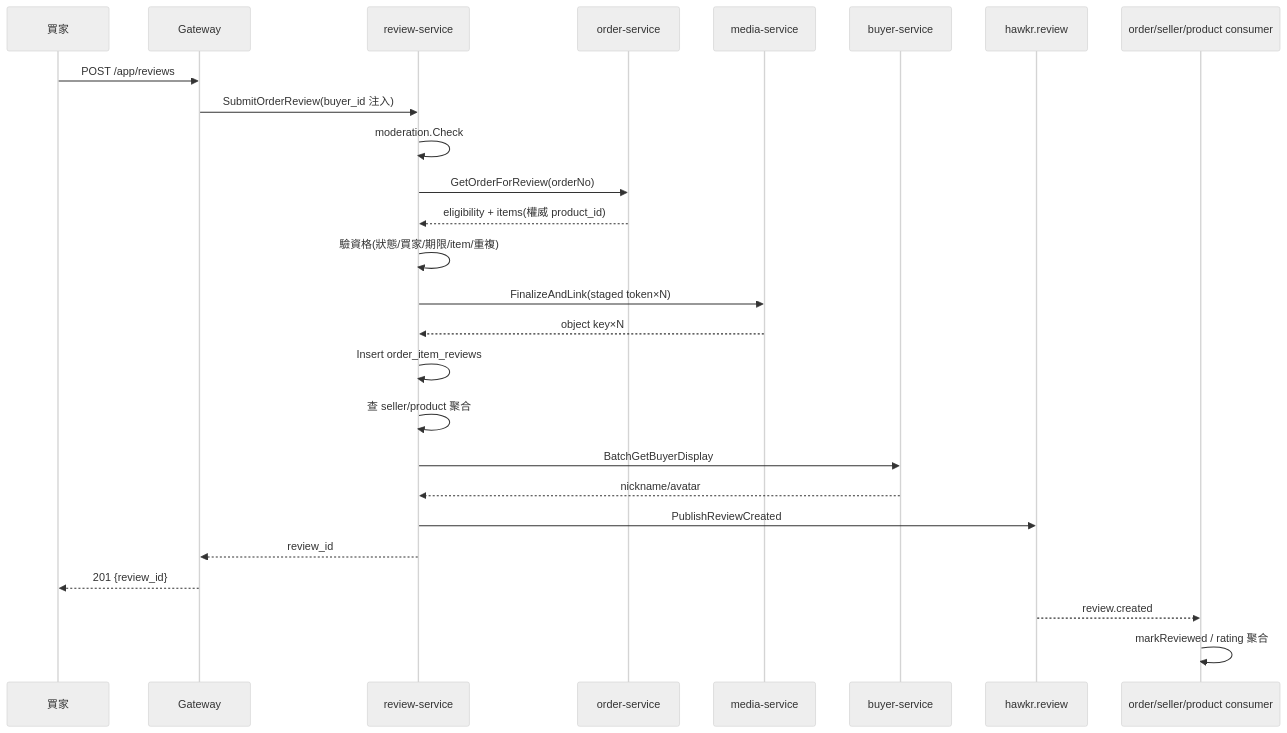
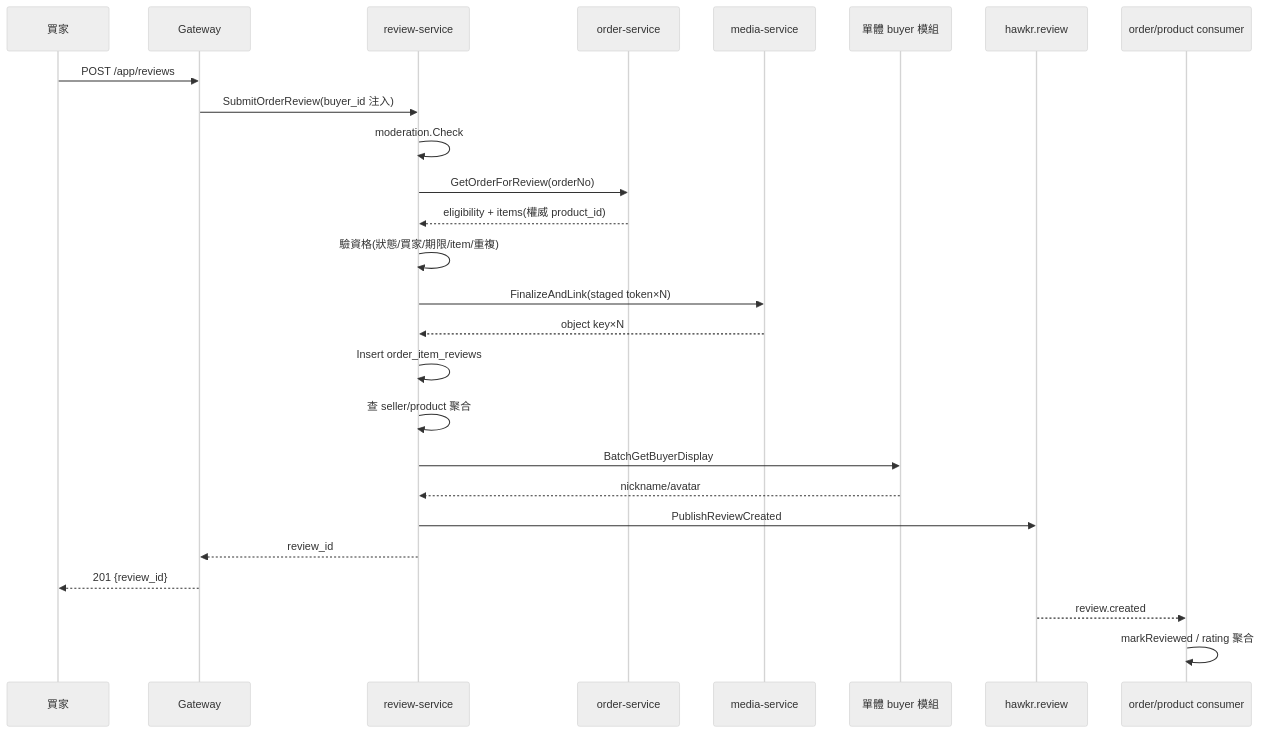
Before and after one commit to Will413028/hawkr: the fifth of 8 diagrams in backend/docs/詳細設計書/43-評論微服務（Review Service）詳細設計書.md, drawn with Mermaid (neutral theme). The commit also changed other lines of this file and 24 other files, not shown here.

````diff
--- a/backend/docs/詳細設計書/43-評論微服務（Review Service）詳細設計書.md
+++ b/backend/docs/詳細設計書/43-評論微服務（Review Service）詳細設計書.md
@@ -501,29 +497,29 @@
 ```mermaid
 sequenceDiagram
     participant B as 買家
     participant GW as Gateway
     participant R as review-service
     participant O as order-service
     participant M as media-service
-    participant BU as buyer-service
+    participant BU as 單體 buyer 模組
     participant MQ as hawkr.review
-    participant DS as order/seller/product consumer
+    participant DS as order/product consumer
 
     B->>GW: POST /app/reviews
     GW->>R: SubmitOrderReview(buyer_id 注入)
     R->>R: moderation.Check
     R->>O: GetOrderForReview(orderNo)
     O-->>R: eligibility + items(權威 product_id)
     R->>R: 驗資格(狀態/買家/期限/item/重複)
     R->>M: FinalizeAndLink(staged token×N)
     M-->>R: object key×N
     R->>R: Insert order_item_reviews
     R->>R: 查 seller/product 聚合
     R->>BU: BatchGetBuyerDisplay
     BU-->>R: nickname/avatar
     R->>MQ: PublishReviewCreated
     R-->>GW: review_id
     GW-->>B: 201 {review_id}
     MQ-->>DS: review.created
     DS->>DS: markReviewed / rating 聚合
 ```
````
